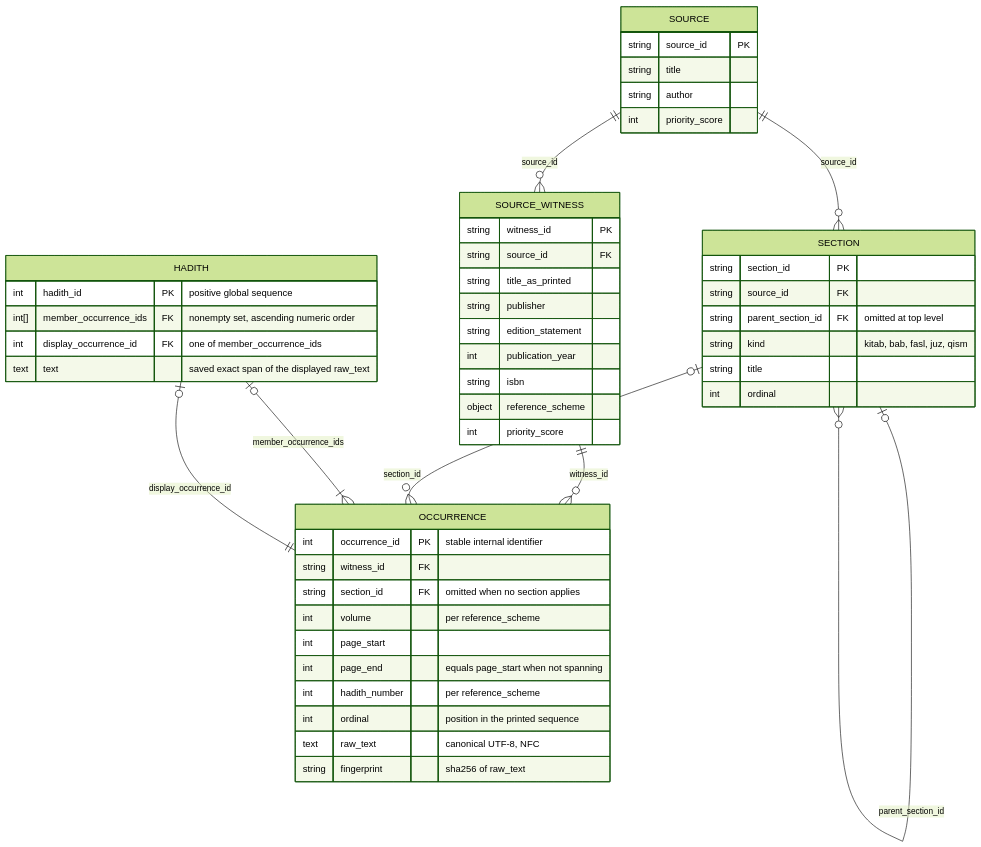
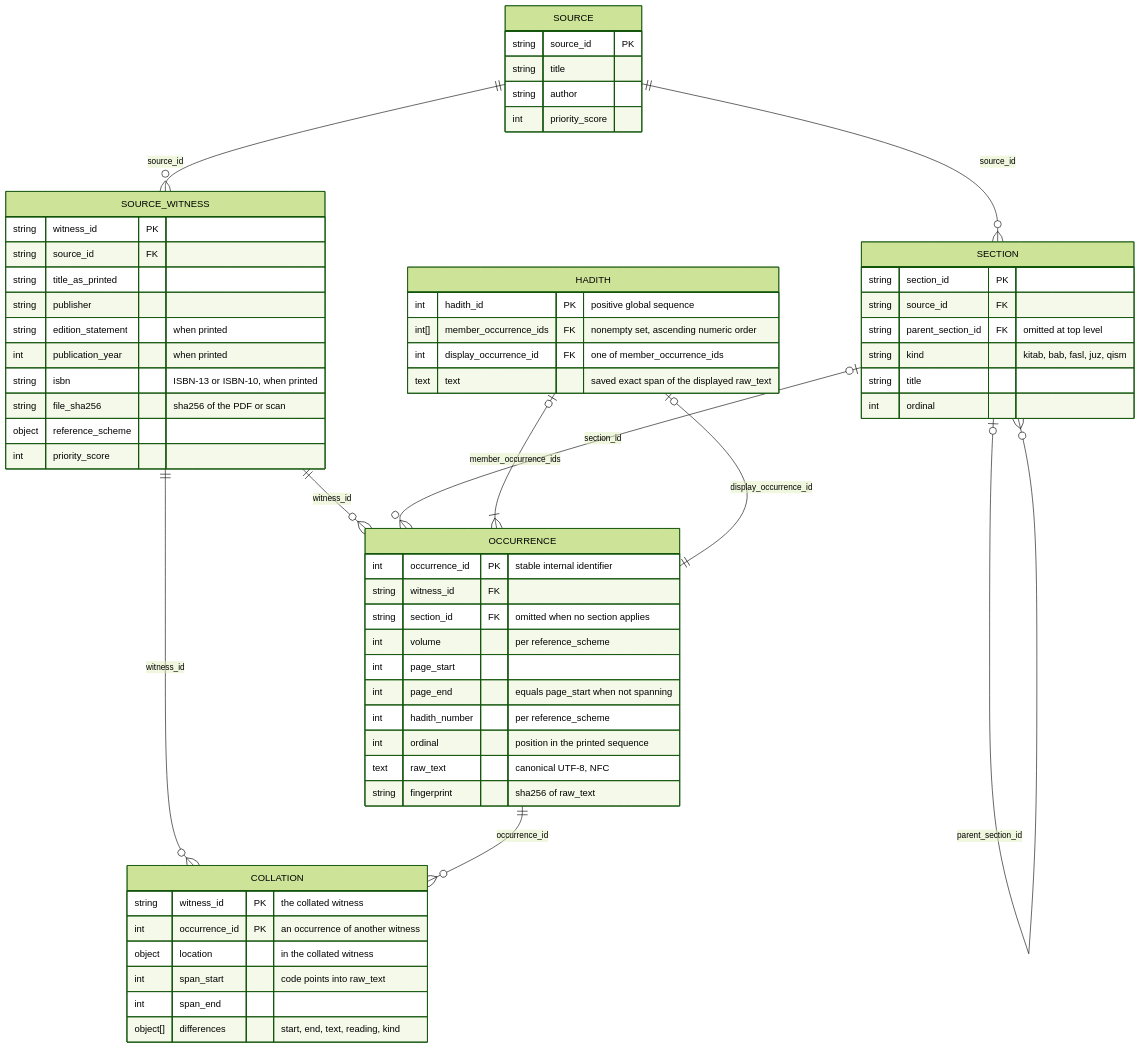
Before and after one commit to Y3FAI/hadith-archive: the second of 2 diagrams in docs/model.md, drawn with Mermaid (forest theme). The commit also changed other lines of this file and 50 other files, not shown here.

````diff
--- a/docs/model.md
+++ b/docs/model.md
@@ -131,58 +141,70 @@
 ```mermaid
 erDiagram
   SOURCE ||--o{ SOURCE_WITNESS : "source_id"
   SOURCE ||--o{ SECTION : "source_id"
   SECTION o|--o{ SECTION : "parent_section_id"
   SOURCE_WITNESS ||--o{ OCCURRENCE : "witness_id"
+  SOURCE_WITNESS ||--o{ COLLATION : "witness_id"
+  OCCURRENCE ||--o{ COLLATION : "occurrence_id"
   SECTION o|--o{ OCCURRENCE : "section_id"
   HADITH o|--|{ OCCURRENCE : "member_occurrence_ids"
   HADITH o|--|| OCCURRENCE : "display_occurrence_id"
 
   SOURCE {
     string source_id PK
     string title
     string author
     int    priority_score
   }
 
   SOURCE_WITNESS {
     string witness_id PK
     string source_id FK
     string title_as_printed
     string publisher
-    string edition_statement
-    int    publication_year
-    string isbn
+    string edition_statement "when printed"
+    int    publication_year "when printed"
+    string isbn "ISBN-13 or ISBN-10, when printed"
+    string file_sha256 "sha256 of the PDF or scan"
     object reference_scheme
     int    priority_score
   }
 
   SECTION {
     string section_id PK
     string source_id FK
     string parent_section_id FK "omitted at top level"
     string kind "kitab, bab, fasl, juz, qism"
     string title
     int    ordinal
   }
 
   OCCURRENCE {
     int    occurrence_id PK "stable internal identifier"
     string witness_id FK
     string section_id FK "omitted when no section applies"
     int    volume "per reference_scheme"
     int    page_start
     int    page_end "equals page_start when not spanning"
     int    hadith_number "per reference_scheme"
     int    ordinal "position in the printed sequence"
     text   raw_text "canonical UTF-8, NFC"
     string fingerprint "sha256 of raw_text"
   }
 
+  COLLATION {
+    string witness_id PK "the collated witness"
+    int    occurrence_id PK "an occurrence of another witness"
+    object location "in the collated witness"
+    int    span_start "code points into raw_text"
+    int    span_end
+    object[] differences "start, end, text, reading, kind"
+  }
+
   HADITH {
     int    hadith_id PK "positive global sequence"
     int[]  member_occurrence_ids FK "nonempty set, ascending numeric order"
     int    display_occurrence_id FK "one of member_occurrence_ids"
     text   text "saved exact span of the displayed raw_text"
   }
 ```
````
